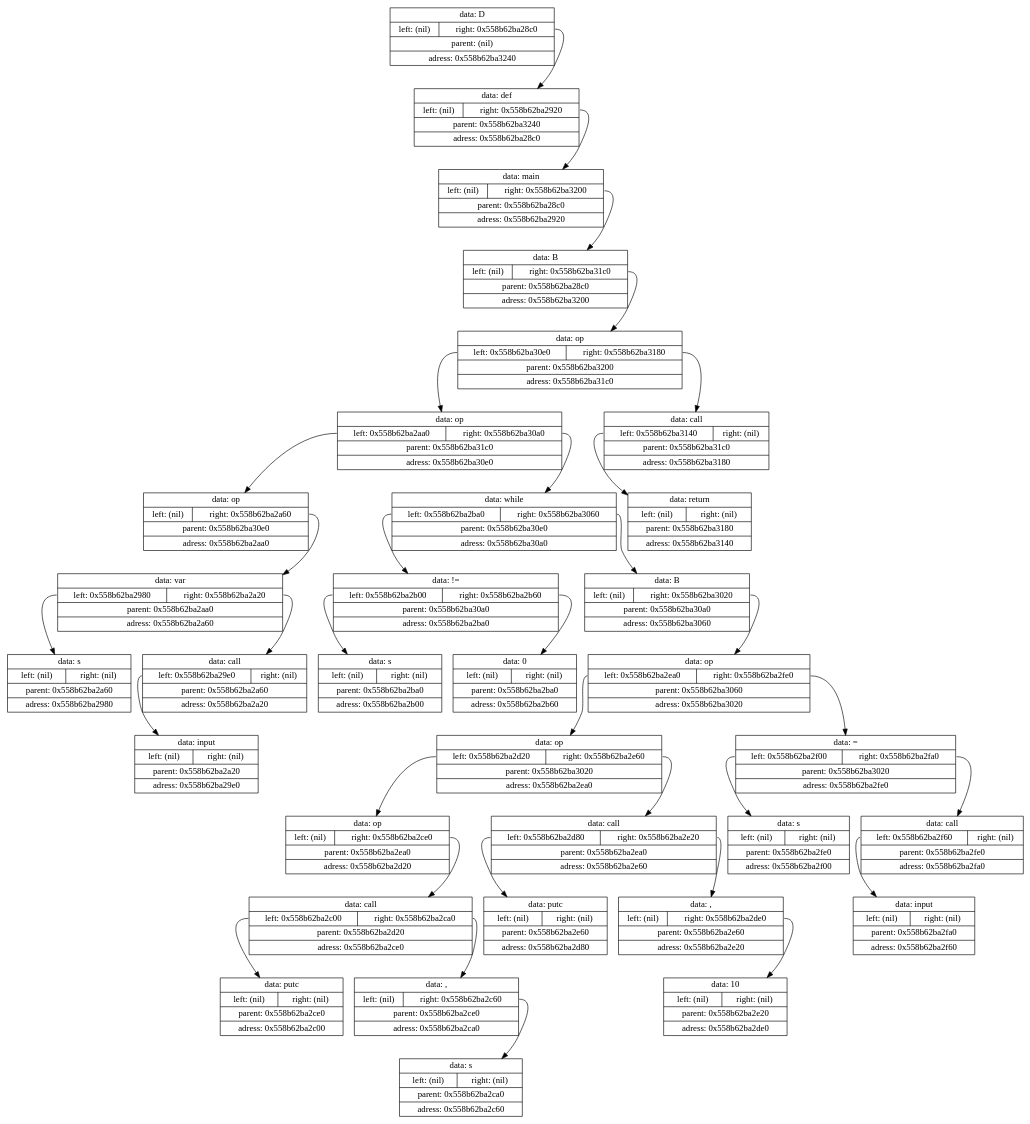
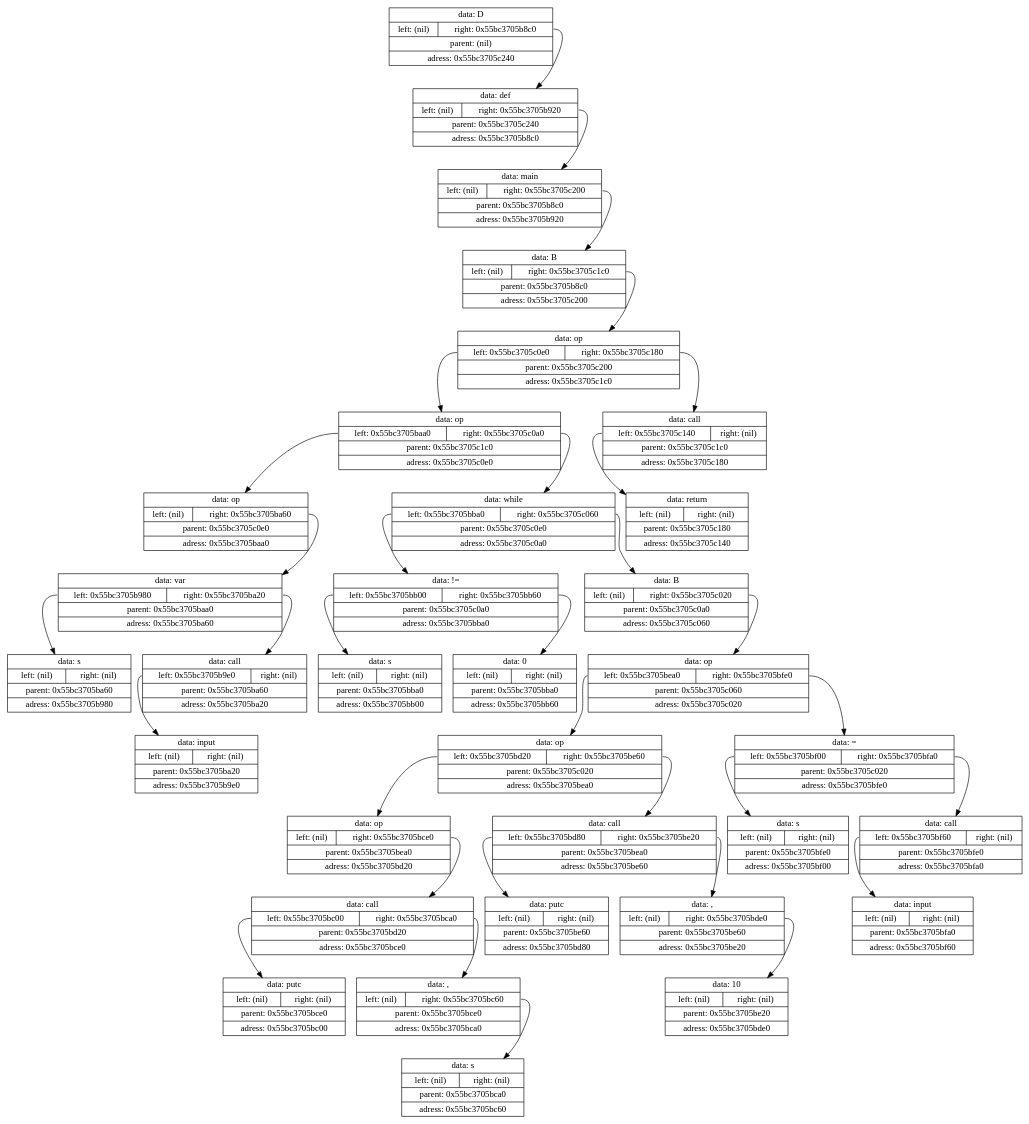
One commit to Shishqa/MIPT_1sem_C_lang changed the diagram in Projects/9.Translator/log/tmp/tempautogeneratedlog.gv. Above: the diagram before and after it, drawn with Graphviz. The commit also changed 764 other files, not shown here.

```diff
--- a/Projects/9.Translator/log/tmp/tempautogeneratedlog.gv
+++ b/Projects/9.Translator/log/tmp/tempautogeneratedlog.gv
@@ -1,69 +1,69 @@
 digraph dump
 {
-	node0x558b62ba3240 [shape = "record", label = "{<f1>data: D|{<f2>left: (nil)|<f3>right: 0x558b62ba28c0}|<f4>parent: (nil)|<f5>adress: 0x558b62ba3240}"];
-	node0x558b62ba28c0 [shape = "record", label = "{<f1>data: def|{<f2>left: (nil)|<f3>right: 0x558b62ba2920}|<f4>parent: 0x558b62ba3240|<f5>adress: 0x558b62ba28c0}"];
-	node0x558b62ba2920 [shape = "record", label = "{<f1>data: main|{<f2>left: (nil)|<f3>right: 0x558b62ba3200}|<f4>parent: 0x558b62ba28c0|<f5>adress: 0x558b62ba2920}"];
-	node0x558b62ba3200 [shape = "record", label = "{<f1>data: B|{<f2>left: (nil)|<f3>right: 0x558b62ba31c0}|<f4>parent: 0x558b62ba28c0|<f5>adress: 0x558b62ba3200}"];
-	node0x558b62ba31c0 [shape = "record", label = "{<f1>data: op|{<f2>left: 0x558b62ba30e0|<f3>right: 0x558b62ba3180}|<f4>parent: 0x558b62ba3200|<f5>adress: 0x558b62ba31c0}"];
-	node0x558b62ba30e0 [shape = "record", label = "{<f1>data: op|{<f2>left: 0x558b62ba2aa0|<f3>right: 0x558b62ba30a0}|<f4>parent: 0x558b62ba31c0|<f5>adress: 0x558b62ba30e0}"];
-	node0x558b62ba2aa0 [shape = "record", label = "{<f1>data: op|{<f2>left: (nil)|<f3>right: 0x558b62ba2a60}|<f4>parent: 0x558b62ba30e0|<f5>adress: 0x558b62ba2aa0}"];
-	node0x558b62ba2a60 [shape = "record", label = "{<f1>data: var|{<f2>left: 0x558b62ba2980|<f3>right: 0x558b62ba2a20}|<f4>parent: 0x558b62ba2aa0|<f5>adress: 0x558b62ba2a60}"];
-	node0x558b62ba2980 [shape = "record", label = "{<f1>data: s|{<f2>left: (nil)|<f3>right: (nil)}|<f4>parent: 0x558b62ba2a60|<f5>adress: 0x558b62ba2980}"];
-	node0x558b62ba2a60:f2 -> node0x558b62ba2980
-	node0x558b62ba2a20 [shape = "record", label = "{<f1>data: call|{<f2>left: 0x558b62ba29e0|<f3>right: (nil)}|<f4>parent: 0x558b62ba2a60|<f5>adress: 0x558b62ba2a20}"];
-	node0x558b62ba29e0 [shape = "record", label = "{<f1>data: input|{<f2>left: (nil)|<f3>right: (nil)}|<f4>parent: 0x558b62ba2a20|<f5>adress: 0x558b62ba29e0}"];
-	node0x558b62ba2a20:f2 -> node0x558b62ba29e0
-	node0x558b62ba2a60:f3 -> node0x558b62ba2a20
-	node0x558b62ba2aa0:f3 -> node0x558b62ba2a60
-	node0x558b62ba30e0:f2 -> node0x558b62ba2aa0
-	node0x558b62ba30a0 [shape = "record", label = "{<f1>data: while|{<f2>left: 0x558b62ba2ba0|<f3>right: 0x558b62ba3060}|<f4>parent: 0x558b62ba30e0|<f5>adress: 0x558b62ba30a0}"];
-	node0x558b62ba2ba0 [shape = "record", label = "{<f1>data: !=|{<f2>left: 0x558b62ba2b00|<f3>right: 0x558b62ba2b60}|<f4>parent: 0x558b62ba30a0|<f5>adress: 0x558b62ba2ba0}"];
-	node0x558b62ba2b00 [shape = "record", label = "{<f1>data: s|{<f2>left: (nil)|<f3>right: (nil)}|<f4>parent: 0x558b62ba2ba0|<f5>adress: 0x558b62ba2b00}"];
-	node0x558b62ba2ba0:f2 -> node0x558b62ba2b00
-	node0x558b62ba2b60 [shape = "record", label = "{<f1>data: 0|{<f2>left: (nil)|<f3>right: (nil)}|<f4>parent: 0x558b62ba2ba0|<f5>adress: 0x558b62ba2b60}"];
-	node0x558b62ba2ba0:f3 -> node0x558b62ba2b60
-	node0x558b62ba30a0:f2 -> node0x558b62ba2ba0
-	node0x558b62ba3060 [shape = "record", label = "{<f1>data: B|{<f2>left: (nil)|<f3>right: 0x558b62ba3020}|<f4>parent: 0x558b62ba30a0|<f5>adress: 0x558b62ba3060}"];
-	node0x558b62ba3020 [shape = "record", label = "{<f1>data: op|{<f2>left: 0x558b62ba2ea0|<f3>right: 0x558b62ba2fe0}|<f4>parent: 0x558b62ba3060|<f5>adress: 0x558b62ba3020}"];
-	node0x558b62ba2ea0 [shape = "record", label = "{<f1>data: op|{<f2>left: 0x558b62ba2d20|<f3>right: 0x558b62ba2e60}|<f4>parent: 0x558b62ba3020|<f5>adress: 0x558b62ba2ea0}"];
-	node0x558b62ba2d20 [shape = "record", label = "{<f1>data: op|{<f2>left: (nil)|<f3>right: 0x558b62ba2ce0}|<f4>parent: 0x558b62ba2ea0|<f5>adress: 0x558b62ba2d20}"];
-	node0x558b62ba2ce0 [shape = "record", label = "{<f1>data: call|{<f2>left: 0x558b62ba2c00|<f3>right: 0x558b62ba2ca0}|<f4>parent: 0x558b62ba2d20|<f5>adress: 0x558b62ba2ce0}"];
-	node0x558b62ba2c00 [shape = "record", label = "{<f1>data: putc|{<f2>left: (nil)|<f3>right: (nil)}|<f4>parent: 0x558b62ba2ce0|<f5>adress: 0x558b62ba2c00}"];
-	node0x558b62ba2ce0:f2 -> node0x558b62ba2c00
-	node0x558b62ba2ca0 [shape = "record", label = "{<f1>data: ,|{<f2>left: (nil)|<f3>right: 0x558b62ba2c60}|<f4>parent: 0x558b62ba2ce0|<f5>adress: 0x558b62ba2ca0}"];
-	node0x558b62ba2c60 [shape = "record", label = "{<f1>data: s|{<f2>left: (nil)|<f3>right: (nil)}|<f4>parent: 0x558b62ba2ca0|<f5>adress: 0x558b62ba2c60}"];
-	node0x558b62ba2ca0:f3 -> node0x558b62ba2c60
-	node0x558b62ba2ce0:f3 -> node0x558b62ba2ca0
-	node0x558b62ba2d20:f3 -> node0x558b62ba2ce0
-	node0x558b62ba2ea0:f2 -> node0x558b62ba2d20
-	node0x558b62ba2e60 [shape = "record", label = "{<f1>data: call|{<f2>left: 0x558b62ba2d80|<f3>right: 0x558b62ba2e20}|<f4>parent: 0x558b62ba2ea0|<f5>adress: 0x558b62ba2e60}"];
-	node0x558b62ba2d80 [shape = "record", label = "{<f1>data: putc|{<f2>left: (nil)|<f3>right: (nil)}|<f4>parent: 0x558b62ba2e60|<f5>adress: 0x558b62ba2d80}"];
-	node0x558b62ba2e60:f2 -> node0x558b62ba2d80
-	node0x558b62ba2e20 [shape = "record", label = "{<f1>data: ,|{<f2>left: (nil)|<f3>right: 0x558b62ba2de0}|<f4>parent: 0x558b62ba2e60|<f5>adress: 0x558b62ba2e20}"];
-	node0x558b62ba2de0 [shape = "record", label = "{<f1>data: 10|{<f2>left: (nil)|<f3>right: (nil)}|<f4>parent: 0x558b62ba2e20|<f5>adress: 0x558b62ba2de0}"];
-	node0x558b62ba2e20:f3 -> node0x558b62ba2de0
-	node0x558b62ba2e60:f3 -> node0x558b62ba2e20
-	node0x558b62ba2ea0:f3 -> node0x558b62ba2e60
-	node0x558b62ba3020:f2 -> node0x558b62ba2ea0
-	node0x558b62ba2fe0 [shape = "record", label = "{<f1>data: =|{<f2>left: 0x558b62ba2f00|<f3>right: 0x558b62ba2fa0}|<f4>parent: 0x558b62ba3020|<f5>adress: 0x558b62ba2fe0}"];
-	node0x558b62ba2f00 [shape = "record", label = "{<f1>data: s|{<f2>left: (nil)|<f3>right: (nil)}|<f4>parent: 0x558b62ba2fe0|<f5>adress: 0x558b62ba2f00}"];
-	node0x558b62ba2fe0:f2 -> node0x558b62ba2f00
-	node0x558b62ba2fa0 [shape = "record", label = "{<f1>data: call|{<f2>left: 0x558b62ba2f60|<f3>right: (nil)}|<f4>parent: 0x558b62ba2fe0|<f5>adress: 0x558b62ba2fa0}"];
-	node0x558b62ba2f60 [shape = "record", label = "{<f1>data: input|{<f2>left: (nil)|<f3>right: (nil)}|<f4>parent: 0x558b62ba2fa0|<f5>adress: 0x558b62ba2f60}"];
-	node0x558b62ba2fa0:f2 -> node0x558b62ba2f60
-	node0x558b62ba2fe0:f3 -> node0x558b62ba2fa0
-	node0x558b62ba3020:f3 -> node0x558b62ba2fe0
-	node0x558b62ba3060:f3 -> node0x558b62ba3020
-	node0x558b62ba30a0:f3 -> node0x558b62ba3060
-	node0x558b62ba30e0:f3 -> node0x558b62ba30a0
-	node0x558b62ba31c0:f2 -> node0x558b62ba30e0
-	node0x558b62ba3180 [shape = "record", label = "{<f1>data: call|{<f2>left: 0x558b62ba3140|<f3>right: (nil)}|<f4>parent: 0x558b62ba31c0|<f5>adress: 0x558b62ba3180}"];
-	node0x558b62ba3140 [shape = "record", label = "{<f1>data: return|{<f2>left: (nil)|<f3>right: (nil)}|<f4>parent: 0x558b62ba3180|<f5>adress: 0x558b62ba3140}"];
-	node0x558b62ba3180:f2 -> node0x558b62ba3140
-	node0x558b62ba31c0:f3 -> node0x558b62ba3180
-	node0x558b62ba3200:f3 -> node0x558b62ba31c0
-	node0x558b62ba2920:f3 -> node0x558b62ba3200
-	node0x558b62ba28c0:f3 -> node0x558b62ba2920
-	node0x558b62ba3240:f3 -> node0x558b62ba28c0
+	node0x55bc3705c240 [shape = "record", label = "{<f1>data: D|{<f2>left: (nil)|<f3>right: 0x55bc3705b8c0}|<f4>parent: (nil)|<f5>adress: 0x55bc3705c240}"];
+	node0x55bc3705b8c0 [shape = "record", label = "{<f1>data: def|{<f2>left: (nil)|<f3>right: 0x55bc3705b920}|<f4>parent: 0x55bc3705c240|<f5>adress: 0x55bc3705b8c0}"];
+	node0x55bc3705b920 [shape = "record", label = "{<f1>data: main|{<f2>left: (nil)|<f3>right: 0x55bc3705c200}|<f4>parent: 0x55bc3705b8c0|<f5>adress: 0x55bc3705b920}"];
+	node0x55bc3705c200 [shape = "record", label = "{<f1>data: B|{<f2>left: (nil)|<f3>right: 0x55bc3705c1c0}|<f4>parent: 0x55bc3705b8c0|<f5>adress: 0x55bc3705c200}"];
+	node0x55bc3705c1c0 [shape = "record", label = "{<f1>data: op|{<f2>left: 0x55bc3705c0e0|<f3>right: 0x55bc3705c180}|<f4>parent: 0x55bc3705c200|<f5>adress: 0x55bc3705c1c0}"];
+	node0x55bc3705c0e0 [shape = "record", label = "{<f1>data: op|{<f2>left: 0x55bc3705baa0|<f3>right: 0x55bc3705c0a0}|<f4>parent: 0x55bc3705c1c0|<f5>adress: 0x55bc3705c0e0}"];
+	node0x55bc3705baa0 [shape = "record", label = "{<f1>data: op|{<f2>left: (nil)|<f3>right: 0x55bc3705ba60}|<f4>parent: 0x55bc3705c0e0|<f5>adress: 0x55bc3705baa0}"];
+	node0x55bc3705ba60 [shape = "record", label = "{<f1>data: var|{<f2>left: 0x55bc3705b980|<f3>right: 0x55bc3705ba20}|<f4>parent: 0x55bc3705baa0|<f5>adress: 0x55bc3705ba60}"];
+	node0x55bc3705b980 [shape = "record", label = "{<f1>data: s|{<f2>left: (nil)|<f3>right: (nil)}|<f4>parent: 0x55bc3705ba60|<f5>adress: 0x55bc3705b980}"];
+	node0x55bc3705ba60:f2 -> node0x55bc3705b980
+	node0x55bc3705ba20 [shape = "record", label = "{<f1>data: call|{<f2>left: 0x55bc3705b9e0|<f3>right: (nil)}|<f4>parent: 0x55bc3705ba60|<f5>adress: 0x55bc3705ba20}"];
+	node0x55bc3705b9e0 [shape = "record", label = "{<f1>data: input|{<f2>left: (nil)|<f3>right: (nil)}|<f4>parent: 0x55bc3705ba20|<f5>adress: 0x55bc3705b9e0}"];
+	node0x55bc3705ba20:f2 -> node0x55bc3705b9e0
+	node0x55bc3705ba60:f3 -> node0x55bc3705ba20
+	node0x55bc3705baa0:f3 -> node0x55bc3705ba60
+	node0x55bc3705c0e0:f2 -> node0x55bc3705baa0
+	node0x55bc3705c0a0 [shape = "record", label = "{<f1>data: while|{<f2>left: 0x55bc3705bba0|<f3>right: 0x55bc3705c060}|<f4>parent: 0x55bc3705c0e0|<f5>adress: 0x55bc3705c0a0}"];
+	node0x55bc3705bba0 [shape = "record", label = "{<f1>data: !=|{<f2>left: 0x55bc3705bb00|<f3>right: 0x55bc3705bb60}|<f4>parent: 0x55bc3705c0a0|<f5>adress: 0x55bc3705bba0}"];
+	node0x55bc3705bb00 [shape = "record", label = "{<f1>data: s|{<f2>left: (nil)|<f3>right: (nil)}|<f4>parent: 0x55bc3705bba0|<f5>adress: 0x55bc3705bb00}"];
+	node0x55bc3705bba0:f2 -> node0x55bc3705bb00
+	node0x55bc3705bb60 [shape = "record", label = "{<f1>data: 0|{<f2>left: (nil)|<f3>right: (nil)}|<f4>parent: 0x55bc3705bba0|<f5>adress: 0x55bc3705bb60}"];
+	node0x55bc3705bba0:f3 -> node0x55bc3705bb60
+	node0x55bc3705c0a0:f2 -> node0x55bc3705bba0
+	node0x55bc3705c060 [shape = "record", label = "{<f1>data: B|{<f2>left: (nil)|<f3>right: 0x55bc3705c020}|<f4>parent: 0x55bc3705c0a0|<f5>adress: 0x55bc3705c060}"];
+	node0x55bc3705c020 [shape = "record", label = "{<f1>data: op|{<f2>left: 0x55bc3705bea0|<f3>right: 0x55bc3705bfe0}|<f4>parent: 0x55bc3705c060|<f5>adress: 0x55bc3705c020}"];
+	node0x55bc3705bea0 [shape = "record", label = "{<f1>data: op|{<f2>left: 0x55bc3705bd20|<f3>right: 0x55bc3705be60}|<f4>parent: 0x55bc3705c020|<f5>adress: 0x55bc3705bea0}"];
+	node0x55bc3705bd20 [shape = "record", label = "{<f1>data: op|{<f2>left: (nil)|<f3>right: 0x55bc3705bce0}|<f4>parent: 0x55bc3705bea0|<f5>adress: 0x55bc3705bd20}"];
+	node0x55bc3705bce0 [shape = "record", label = "{<f1>data: call|{<f2>left: 0x55bc3705bc00|<f3>right: 0x55bc3705bca0}|<f4>parent: 0x55bc3705bd20|<f5>adress: 0x55bc3705bce0}"];
+	node0x55bc3705bc00 [shape = "record", label = "{<f1>data: putc|{<f2>left: (nil)|<f3>right: (nil)}|<f4>parent: 0x55bc3705bce0|<f5>adress: 0x55bc3705bc00}"];
+	node0x55bc3705bce0:f2 -> node0x55bc3705bc00
+	node0x55bc3705bca0 [shape = "record", label = "{<f1>data: ,|{<f2>left: (nil)|<f3>right: 0x55bc3705bc60}|<f4>parent: 0x55bc3705bce0|<f5>adress: 0x55bc3705bca0}"];
+	node0x55bc3705bc60 [shape = "record", label = "{<f1>data: s|{<f2>left: (nil)|<f3>right: (nil)}|<f4>parent: 0x55bc3705bca0|<f5>adress: 0x55bc3705bc60}"];
+	node0x55bc3705bca0:f3 -> node0x55bc3705bc60
+	node0x55bc3705bce0:f3 -> node0x55bc3705bca0
+	node0x55bc3705bd20:f3 -> node0x55bc3705bce0
+	node0x55bc3705bea0:f2 -> node0x55bc3705bd20
+	node0x55bc3705be60 [shape = "record", label = "{<f1>data: call|{<f2>left: 0x55bc3705bd80|<f3>right: 0x55bc3705be20}|<f4>parent: 0x55bc3705bea0|<f5>adress: 0x55bc3705be60}"];
+	node0x55bc3705bd80 [shape = "record", label = "{<f1>data: putc|{<f2>left: (nil)|<f3>right: (nil)}|<f4>parent: 0x55bc3705be60|<f5>adress: 0x55bc3705bd80}"];
+	node0x55bc3705be60:f2 -> node0x55bc3705bd80
+	node0x55bc3705be20 [shape = "record", label = "{<f1>data: ,|{<f2>left: (nil)|<f3>right: 0x55bc3705bde0}|<f4>parent: 0x55bc3705be60|<f5>adress: 0x55bc3705be20}"];
+	node0x55bc3705bde0 [shape = "record", label = "{<f1>data: 10|{<f2>left: (nil)|<f3>right: (nil)}|<f4>parent: 0x55bc3705be20|<f5>adress: 0x55bc3705bde0}"];
+	node0x55bc3705be20:f3 -> node0x55bc3705bde0
+	node0x55bc3705be60:f3 -> node0x55bc3705be20
+	node0x55bc3705bea0:f3 -> node0x55bc3705be60
+	node0x55bc3705c020:f2 -> node0x55bc3705bea0
+	node0x55bc3705bfe0 [shape = "record", label = "{<f1>data: =|{<f2>left: 0x55bc3705bf00|<f3>right: 0x55bc3705bfa0}|<f4>parent: 0x55bc3705c020|<f5>adress: 0x55bc3705bfe0}"];
+	node0x55bc3705bf00 [shape = "record", label = "{<f1>data: s|{<f2>left: (nil)|<f3>right: (nil)}|<f4>parent: 0x55bc3705bfe0|<f5>adress: 0x55bc3705bf00}"];
+	node0x55bc3705bfe0:f2 -> node0x55bc3705bf00
+	node0x55bc3705bfa0 [shape = "record", label = "{<f1>data: call|{<f2>left: 0x55bc3705bf60|<f3>right: (nil)}|<f4>parent: 0x55bc3705bfe0|<f5>adress: 0x55bc3705bfa0}"];
+	node0x55bc3705bf60 [shape = "record", label = "{<f1>data: input|{<f2>left: (nil)|<f3>right: (nil)}|<f4>parent: 0x55bc3705bfa0|<f5>adress: 0x55bc3705bf60}"];
+	node0x55bc3705bfa0:f2 -> node0x55bc3705bf60
+	node0x55bc3705bfe0:f3 -> node0x55bc3705bfa0
+	node0x55bc3705c020:f3 -> node0x55bc3705bfe0
+	node0x55bc3705c060:f3 -> node0x55bc3705c020
+	node0x55bc3705c0a0:f3 -> node0x55bc3705c060
+	node0x55bc3705c0e0:f3 -> node0x55bc3705c0a0
+	node0x55bc3705c1c0:f2 -> node0x55bc3705c0e0
+	node0x55bc3705c180 [shape = "record", label = "{<f1>data: call|{<f2>left: 0x55bc3705c140|<f3>right: (nil)}|<f4>parent: 0x55bc3705c1c0|<f5>adress: 0x55bc3705c180}"];
+	node0x55bc3705c140 [shape = "record", label = "{<f1>data: return|{<f2>left: (nil)|<f3>right: (nil)}|<f4>parent: 0x55bc3705c180|<f5>adress: 0x55bc3705c140}"];
+	node0x55bc3705c180:f2 -> node0x55bc3705c140
+	node0x55bc3705c1c0:f3 -> node0x55bc3705c180
+	node0x55bc3705c200:f3 -> node0x55bc3705c1c0
+	node0x55bc3705b920:f3 -> node0x55bc3705c200
+	node0x55bc3705b8c0:f3 -> node0x55bc3705b920
+	node0x55bc3705c240:f3 -> node0x55bc3705b8c0
 
 }
```
